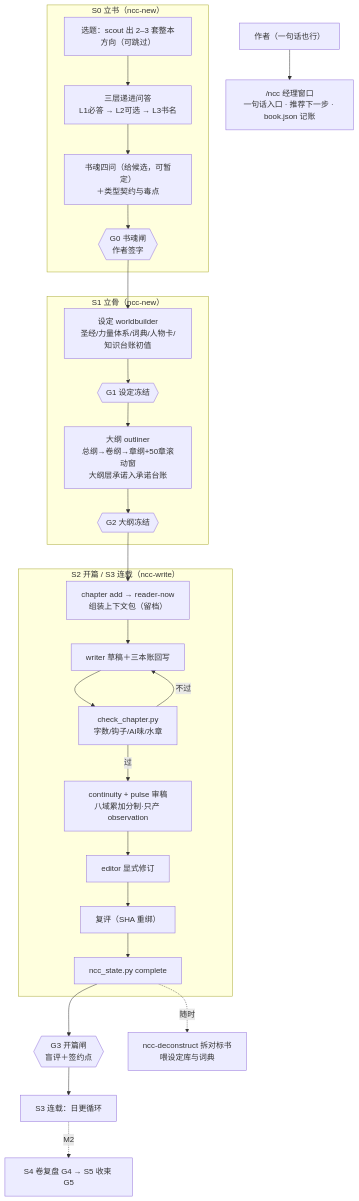
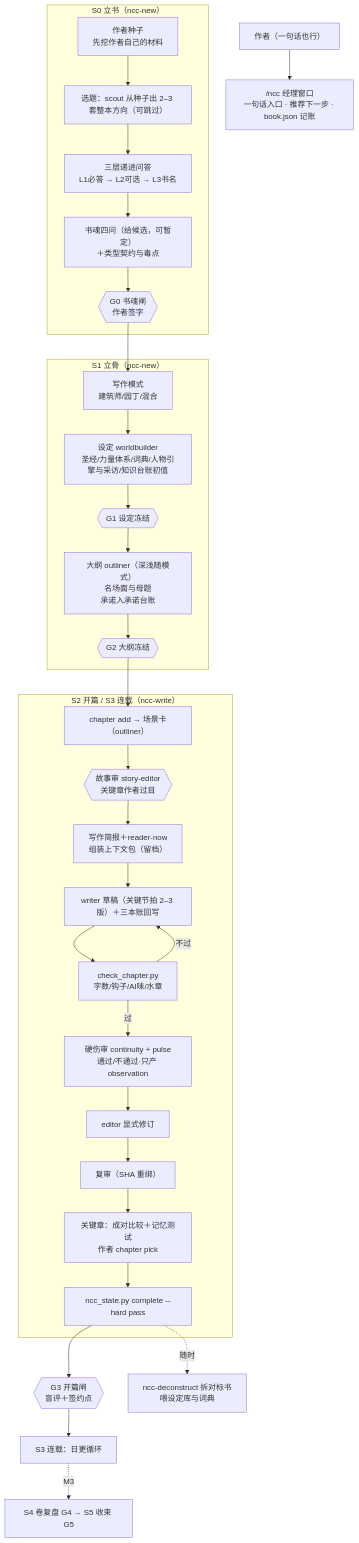
One commit to cloudxy/ncc-plugin changed the diagram in README.md. Above: the diagram before and after it, drawn with Mermaid. The commit also changed other lines of this file and 39 other files, not shown here.

````diff
--- a/README.md
+++ b/README.md
@@ -11,33 +16,38 @@
 ```mermaid
 flowchart TD
   U["作者（一句话也行）"] --> M["/ncc 经理窗口<br/>一句话入口 · 推荐下一步 · book.json 记账"]
 
   subgraph FOUND["S0 立书（ncc-new）"]
-    S0["选题：scout 出 2–3 套整本方向（可跳过）"] --> Q["三层递进问答<br/>L1必答 → L2可选 → L3书名"]
+    SEED["作者种子<br/>先挖作者自己的材料"] --> S0["选题：scout 从种子出 2–3 套整本方向（可跳过）"]
+    S0 --> Q["三层递进问答<br/>L1必答 → L2可选 → L3书名"]
     Q --> SOUL["书魂四问（给候选，可暂定）<br/>＋类型契约与毒点"]
     SOUL --> G0{{"G0 书魂闸<br/>作者签字"}}
   end
 
   subgraph BONE["S1 立骨（ncc-new）"]
-    G0 --> SET["设定 worldbuilder<br/>圣经/力量体系/词典/人物卡/知识台账初值"]
+    G0 --> MODE["写作模式<br/>建筑师/园丁/混合"]
+    MODE --> SET["设定 worldbuilder<br/>圣经/力量体系/词典/人物引擎与采访/知识台账初值"]
     SET --> G1{{"G1 设定冻结"}}
-    G1 --> OUT["大纲 outliner<br/>总纲→卷纲→章纲+50章滚动窗<br/>大纲层承诺入承诺台账"]
+    G1 --> OUT["大纲 outliner（深浅随模式）<br/>名场面与母题<br/>承诺入承诺台账"]
     OUT --> G2{{"G2 大纲冻结"}}
   end
 
   subgraph WRITE["S2 开篇 / S3 连载（ncc-write）"]
-    G2 --> P["chapter add → reader-now<br/>组装上下文包（留档）"]
-    P --> W["writer 草稿＋三本账回写"]
+    G2 --> SC["chapter add → 场景卡（outliner）"]
+    SC --> SR{{"故事审 story-editor<br/>关键章作者过目"}}
+    SR --> P["写作简报＋reader-now<br/>组装上下文包（留档）"]
+    P --> W["writer 草稿（关键节拍 2–3 版）＋三本账回写"]
     W --> C["check_chapter.py<br/>字数/钩子/AI味/水章"]
     C -->|不过| W
-    C -->|过| R["continuity + pulse 审稿<br/>八域累加分制·只产 observation"]
+    C -->|过| R["硬伤审 continuity + pulse<br/>通过/不通过·只产 observation"]
     R --> E["editor 显式修订"]
-    E --> RR["复评（SHA 重绑）"]
-    RR --> D["ncc_state.py complete"]
+    E --> RR["复审（SHA 重绑）"]
+    RR --> PK["关键章：成对比较＋记忆测试<br/>作者 chapter pick"]
+    PK --> D["ncc_state.py complete --hard pass"]
   end
 
   D --> G3{{"G3 开篇闸<br/>盲评＋签约点"}}
   G3 --> SER["S3 连载：日更循环"]
-  SER -.->|"M2"| VOL["S4 卷复盘 G4 → S5 收束 G5"]
+  SER -.->|"M3"| VOL["S4 卷复盘 G4 → S5 收束 G5"]
   D -.->|"随时"| DC["ncc-deconstruct 拆对标书<br/>喂设定库与词典"]
 ```
````
